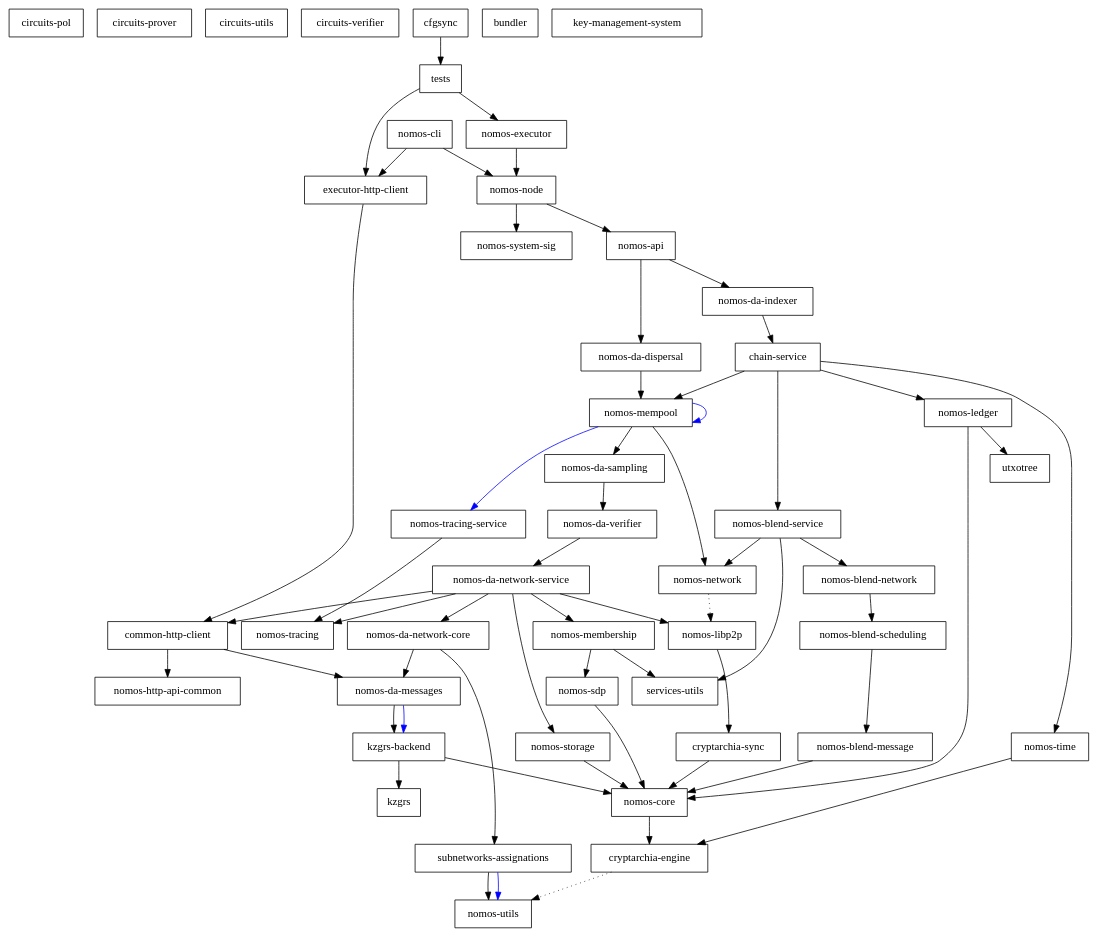
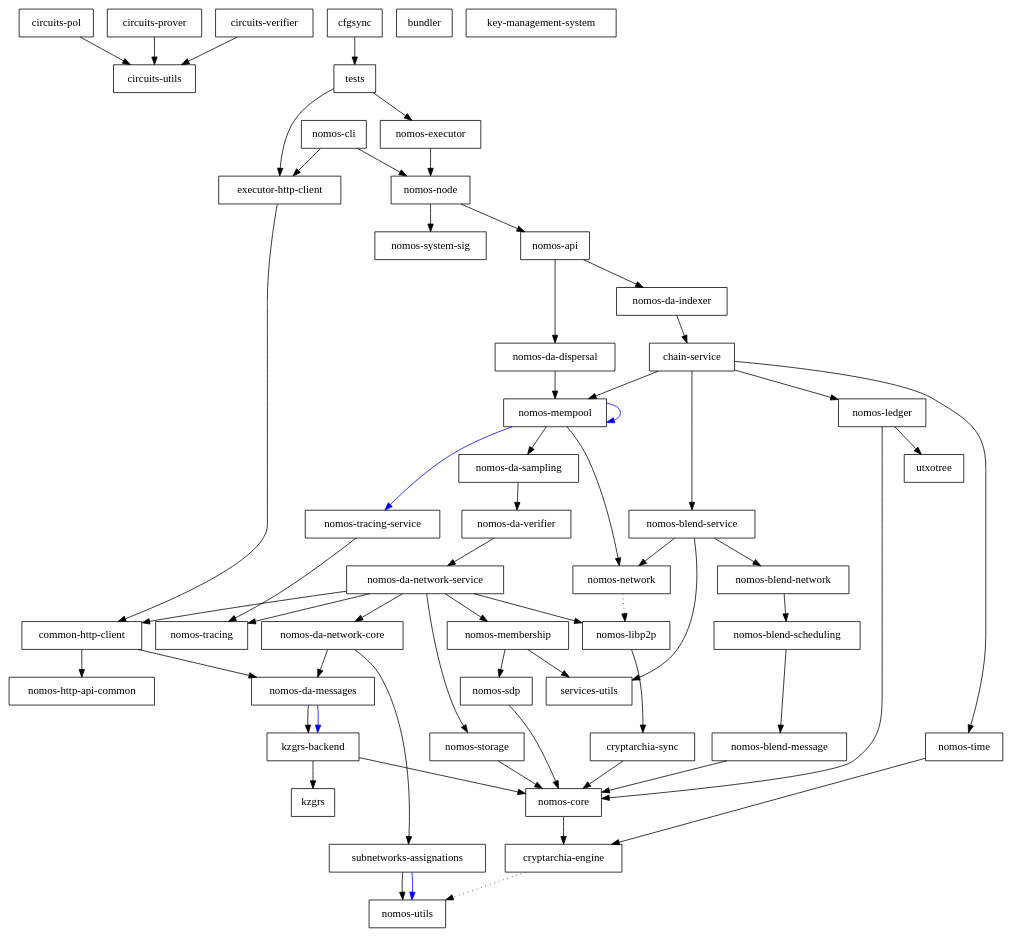
One commit to logos-co/nomos changed the diagram in dependencies_graph.dot. Above: the diagram before and after it, drawn with Graphviz. The commit also changed 1 other file, not shown here.

Commit message:
Add circuits crates as workspace dependencies.

```diff
--- a/dependencies_graph.dot
+++ b/dependencies_graph.dot
@@ -1,107 +1,110 @@
 digraph {
     0 [ label = "circuits-pol" shape = box]
-    1 [ label = "circuits-prover" shape = box]
-    2 [ label = "circuits-utils" shape = box]
+    1 [ label = "circuits-utils" shape = box]
+    2 [ label = "circuits-prover" shape = box]
     3 [ label = "circuits-verifier" shape = box]
     4 [ label = "cryptarchia-engine" shape = box]
     5 [ label = "nomos-utils" shape = box]
     6 [ label = "cryptarchia-sync" shape = box]
     7 [ label = "nomos-core" shape = box]
     8 [ label = "nomos-ledger" shape = box]
     9 [ label = "utxotree" shape = box]
     10 [ label = "nomos-http-api-common" shape = box]
     11 [ label = "nomos-executor" shape = box]
     12 [ label = "kzgrs-backend" shape = box]
     13 [ label = "kzgrs" shape = box]
     14 [ label = "nomos-api" shape = box]
     15 [ label = "chain-service" shape = box]
     16 [ label = "nomos-blend-service" shape = box]
     17 [ label = "nomos-blend-message" shape = box]
     18 [ label = "nomos-blend-network" shape = box]
     19 [ label = "nomos-blend-scheduling" shape = box]
     20 [ label = "nomos-libp2p" shape = box]
     21 [ label = "nomos-network" shape = box]
     22 [ label = "services-utils" shape = box]
     23 [ label = "nomos-da-sampling" shape = box]
     24 [ label = "nomos-da-network-core" shape = box]
     25 [ label = "nomos-da-messages" shape = box]
     26 [ label = "subnetworks-assignations" shape = box]
     27 [ label = "nomos-da-network-service" shape = box]
     28 [ label = "common-http-client" shape = box]
     29 [ label = "nomos-membership" shape = box]
     30 [ label = "nomos-sdp" shape = box]
     31 [ label = "nomos-storage" shape = box]
     32 [ label = "nomos-tracing" shape = box]
     33 [ label = "nomos-da-verifier" shape = box]
     34 [ label = "nomos-mempool" shape = box]
     35 [ label = "nomos-tracing-service" shape = box]
     36 [ label = "nomos-time" shape = box]
     37 [ label = "nomos-da-dispersal" shape = box]
     38 [ label = "nomos-da-indexer" shape = box]
     39 [ label = "nomos-node" shape = box]
     40 [ label = "nomos-system-sig" shape = box]
     41 [ label = "executor-http-client" shape = box]
     42 [ label = "bundler" shape = box]
     43 [ label = "nomos-cli" shape = box]
     44 [ label = "key-management-system" shape = box]
     45 [ label = "cfgsync" shape = box]
     46 [ label = "tests" shape = box]
+    0 -> 1 [ ]
+    2 -> 1 [ ]
+    3 -> 1 [ ]
     4 -> 5 [ style = dotted]
     6 -> 7 [ ]
     7 -> 4 [ ]
     8 -> 7 [ ]
     8 -> 9 [ ]
     11 -> 39 [ ]
     12 -> 13 [ ]
     12 -> 7 [ ]
     14 -> 37 [ ]
     14 -> 38 [ ]
     15 -> 16 [ ]
     15 -> 8 [ ]
     15 -> 34 [ ]
     15 -> 36 [ ]
     16 -> 18 [ ]
     16 -> 21 [ ]
     16 -> 22 [ ]
     17 -> 7 [ ]
     18 -> 19 [ ]
     19 -> 17 [ ]
     20 -> 6 [ ]
     21 -> 20 [ style = dotted]
     23 -> 33 [ ]
     24 -> 25 [ ]
     24 -> 26 [ ]
     25 -> 12 [ ]
     25 -> 12 [ color = blue]
     26 -> 5 [ ]
     26 -> 5 [ color = blue]
     27 -> 28 [ ]
     27 -> 24 [ ]
     27 -> 20 [ ]
     27 -> 29 [ ]
     27 -> 31 [ ]
     27 -> 32 [ ]
     28 -> 25 [ ]
     28 -> 10 [ ]
     29 -> 30 [ ]
     29 -> 22 [ ]
     30 -> 7 [ ]
     31 -> 7 [ ]
     33 -> 27 [ ]
     34 -> 23 [ ]
     34 -> 34 [ color = blue]
     34 -> 21 [ ]
     34 -> 35 [ color = blue]
     35 -> 32 [ ]
     36 -> 4 [ ]
     37 -> 34 [ ]
     38 -> 15 [ ]
     39 -> 14 [ ]
     39 -> 40 [ ]
     41 -> 28 [ ]
     43 -> 41 [ ]
     43 -> 39 [ ]
     45 -> 46 [ ]
     46 -> 41 [ ]
     46 -> 11 [ ]
 }
```
